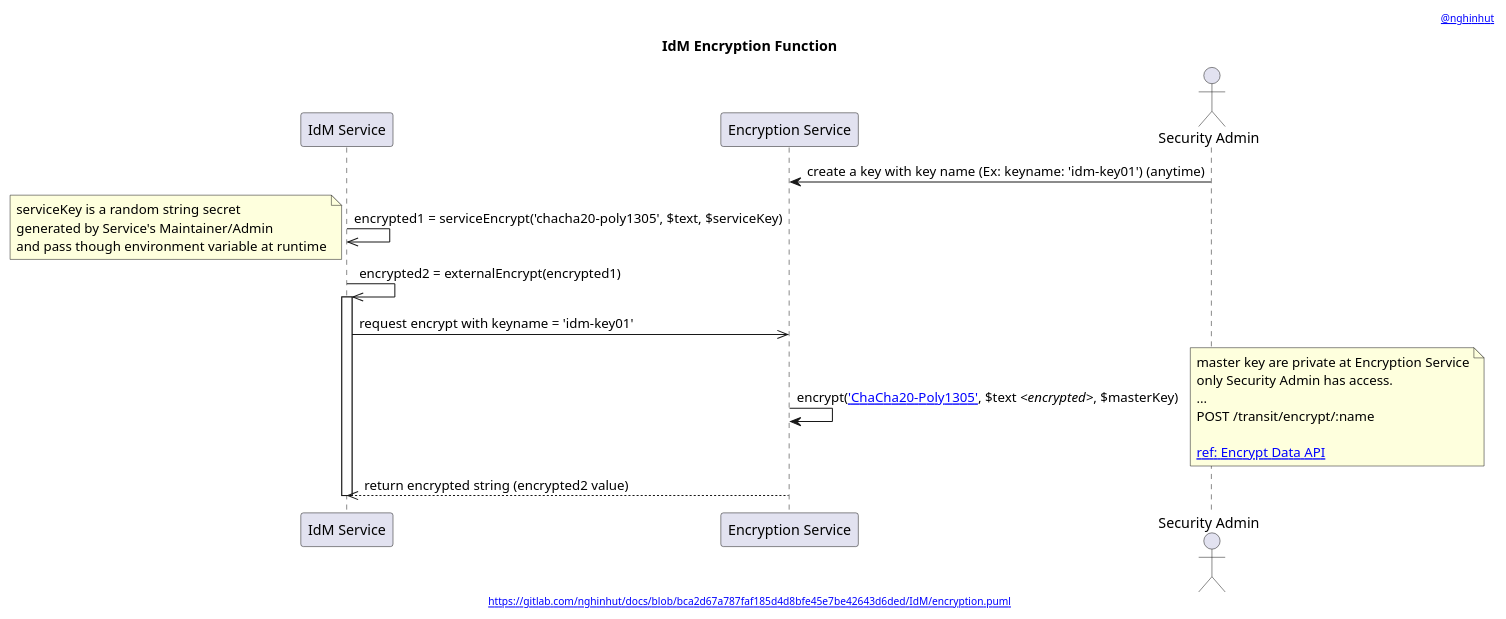
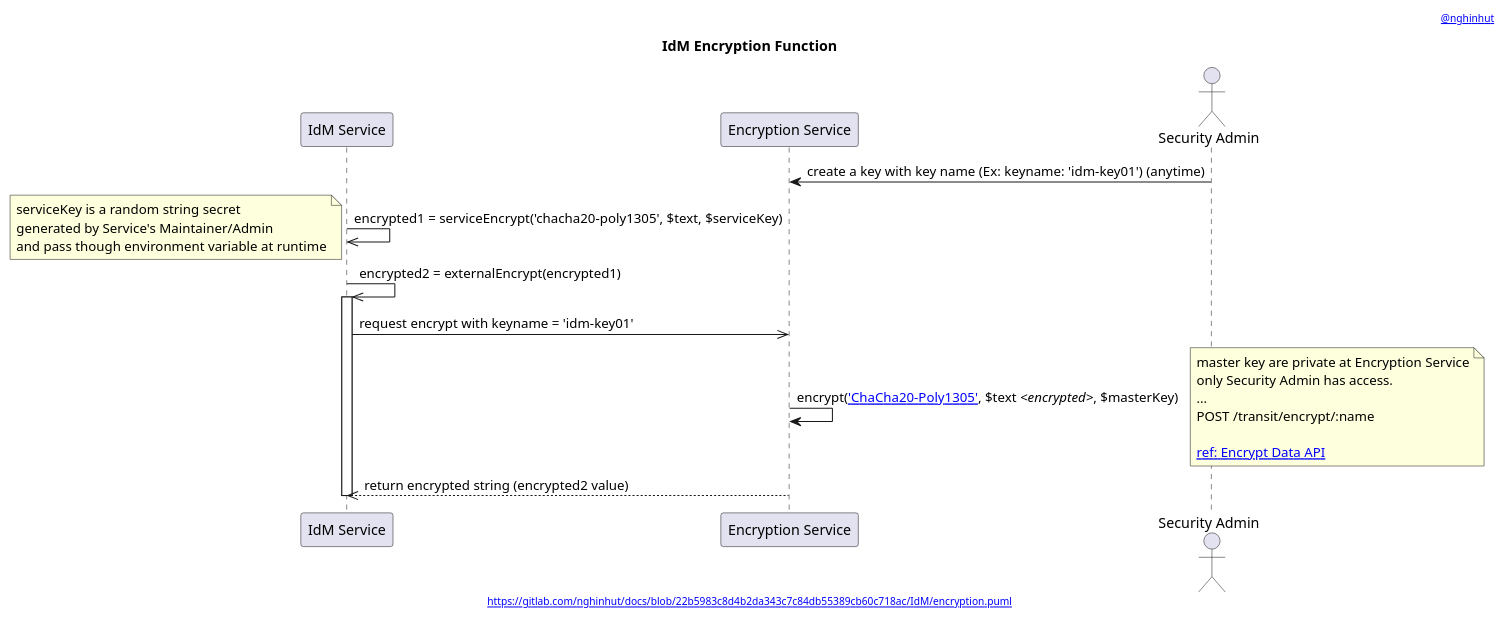
Before and after one commit to nghinhut/docs: the diagram in IdM/encryption.function.puml, drawn with PlantUML. The commit also changed 48 other files, not shown here.

```diff
--- a/IdM/encryption.function.puml
+++ b/IdM/encryption.function.puml
@@ -1,35 +1,35 @@
 @startuml
 '-----START auto generated metadata please keep comment here to allow auto update-----
 '-----DON'T EDIT THIS SECTION, INSTEAD RE-RUN prebuild.sh TO UPDATE-----
-header [[https://www.nghinhut.dev?from=http%5C%3A%5C%2F%5C%2Fwww%5C.plantuml%5C.com%5C%2Fplantuml%5C%2Fproxy%3Ffmt%3Dsvg%5C%26src%3Dhttps%5C%3A%5C%2F%5C%2Fgitlab%5C.com%5C%2Fnghinhut%5C%2Fdocs%5C%2Fraw%5C%2Fbca2d67a787faf185d4d8bfe45e7be42643d6ded%5C%2FIdM%5C%2Fencryption%5C.puml%0A @nghinhut]]
-footer [[http://www.plantuml.com/plantuml/proxy?fmt=svg&src=https://gitlab.com/nghinhut/docs/raw/bca2d67a787faf185d4d8bfe45e7be42643d6ded/IdM/encryption.puml https://gitlab.com/nghinhut/docs/blob/bca2d67a787faf185d4d8bfe45e7be42643d6ded/IdM/encryption.puml]]
+header [[https://www.nghinhut.dev?from=http%5C%3A%5C%2F%5C%2Fwww%5C.plantuml%5C.com%5C%2Fplantuml%5C%2Fproxy%3Ffmt%3Dsvg%5C%26src%3Dhttps%5C%3A%5C%2F%5C%2Fgitlab%5C.com%5C%2Fnghinhut%5C%2Fdocs%5C%2Fraw%5C%2F22b5983c8d4b2da343c7c84db55389cb60c718ac%5C%2FIdM%5C%2Fencryption%5C.puml%0A @nghinhut]]
+footer [[http://www.plantuml.com/plantuml/proxy?fmt=svg&src=https://gitlab.com/nghinhut/docs/raw/22b5983c8d4b2da343c7c84db55389cb60c718ac/IdM/encryption.puml https://gitlab.com/nghinhut/docs/blob/22b5983c8d4b2da343c7c84db55389cb60c718ac/IdM/encryption.puml]]
 '-----END auto generated metadata please keep comment here to allow auto update-----
 title IdM Encryption Function
 participant "IdM Service" as idm
 participant "Encryption Service" as es
 actor "Security Admin" as esAdmin
 
 es <- esAdmin : create a key with key name (Ex: keyname: 'idm-key01') (anytime)
 
 idm ->> idm : encrypted1 = serviceEncrypt('chacha20-poly1305', $text, $serviceKey)
 note left
     serviceKey is a random string secret
     generated by Service's Maintainer/Admin
     and pass though environment variable at runtime
 end note
 
 idm ->> idm : encrypted2 = externalEncrypt(encrypted1)
 activate idm
     idm ->> es : request encrypt with keyname = 'idm-key01'
         es -> es : encrypt([[https://www.vaultproject.io/docs/secrets/transit/index.html#chacha20-poly1305{ChaCha20-Poly1305 with a 256-bit key} 'ChaCha20-Poly1305']], $text //<encrypted>//, $masterKey)
         note right
             master key are private at Encryption Service
             only Security Admin has access.
             ...
             POST /transit/encrypt/:name
 
             [[https://www.vaultproject.io/api/secret/transit/index.html#encrypt-data ref: Encrypt Data API]]
         end note
     idm <<-- es : return encrypted string (encrypted2 value)
 deactivate idm
 @enduml
```
